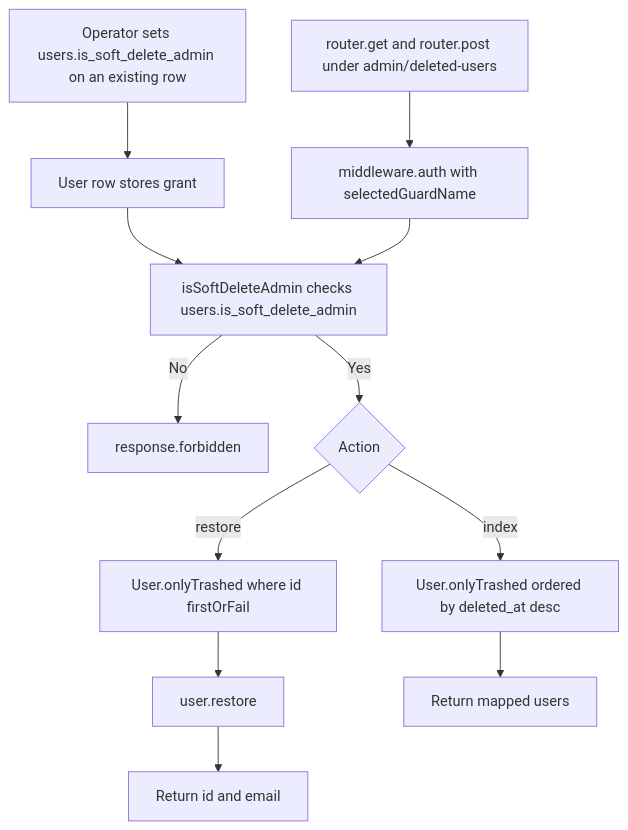
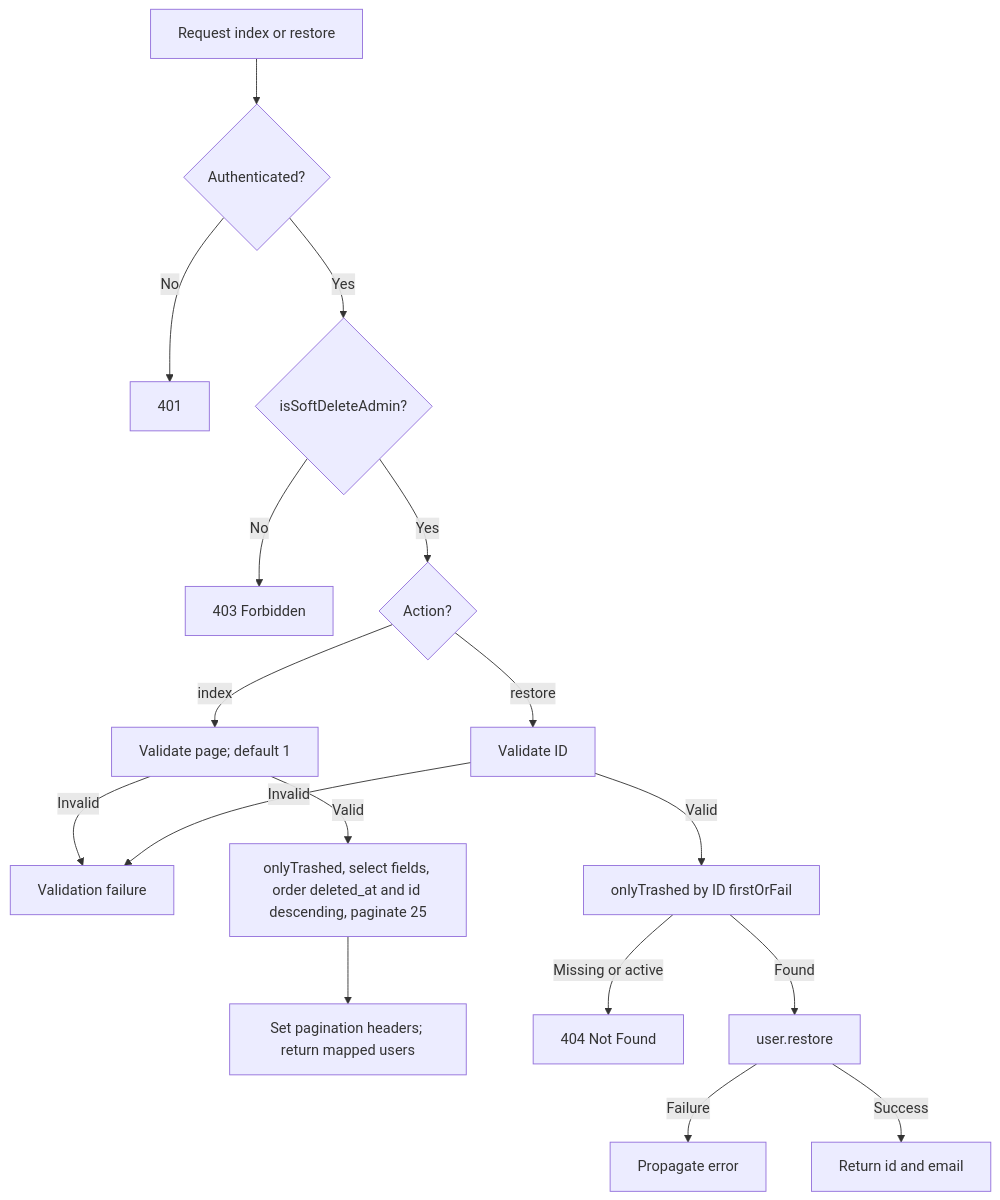
Before and after one commit to Kevinjohn/oss-adonisjs-lucid-soft-delete: the second of 2 diagrams in user-stories/example-apps/us-demo-02-api-admin-restore.md, drawn with Mermaid. The commit also changed other lines of this file and 26 other files, not shown here.

````diff
--- a/user-stories/example-apps/us-demo-02-api-admin-restore.md
+++ b/user-stories/example-apps/us-demo-02-api-admin-restore.md
@@ -38,14 +44,19 @@
 ```mermaid
 flowchart TD
-    P["Operator sets users.is_soft_delete_admin on an existing row"] --> Q["User row stores grant"]
-    Q --> C
-    A["router.get and router.post under admin/deleted-users"] --> B["middleware.auth with selectedGuardName"]
-    B --> C["isSoftDeleteAdmin checks users.is_soft_delete_admin"]
-    C -->|No| D["response.forbidden"]
-    C -->|Yes| E{"Action"}
-    E -->|index| F["User.onlyTrashed ordered by deleted_at desc"]
-    E -->|restore| G["User.onlyTrashed where id firstOrFail"]
-    G --> H["user.restore"]
-    F --> I["Return mapped users"]
-    H --> J["Return id and email"]
+    A["Request index or restore"] --> B{"Authenticated?"}
+    B -->|No| C["401"]
+    B -->|Yes| D{"isSoftDeleteAdmin?"}
+    D -->|No| E["403 Forbidden"]
+    D -->|Yes| F{"Action?"}
+    F -->|index| L["Validate page; default 1"]
+    F -->|restore| R["Validate ID"]
+    L -->|Invalid| V["Validation failure"]
+    L -->|Valid| P["onlyTrashed, select fields, order deleted_at and id descending, paginate 25"]
+    R -->|Invalid| V
+    R -->|Valid| Q["onlyTrashed by ID firstOrFail"]
+    P --> W["Set pagination headers; return mapped users"]
+    Q -->|Missing or active| N["404 Not Found"]
+    Q -->|Found| T["user.restore"]
+    T -->|Failure| X["Propagate error"]
+    T -->|Success| Z["Return id and email"]
 ```
````
